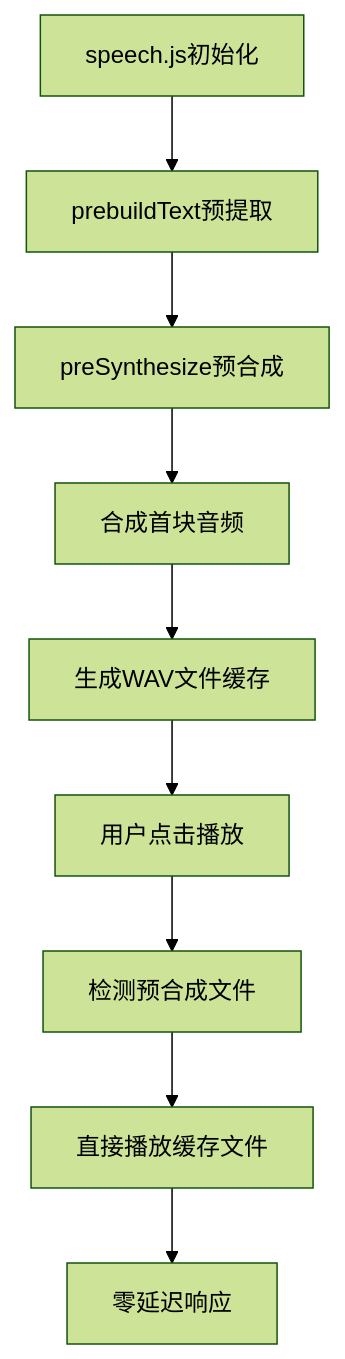
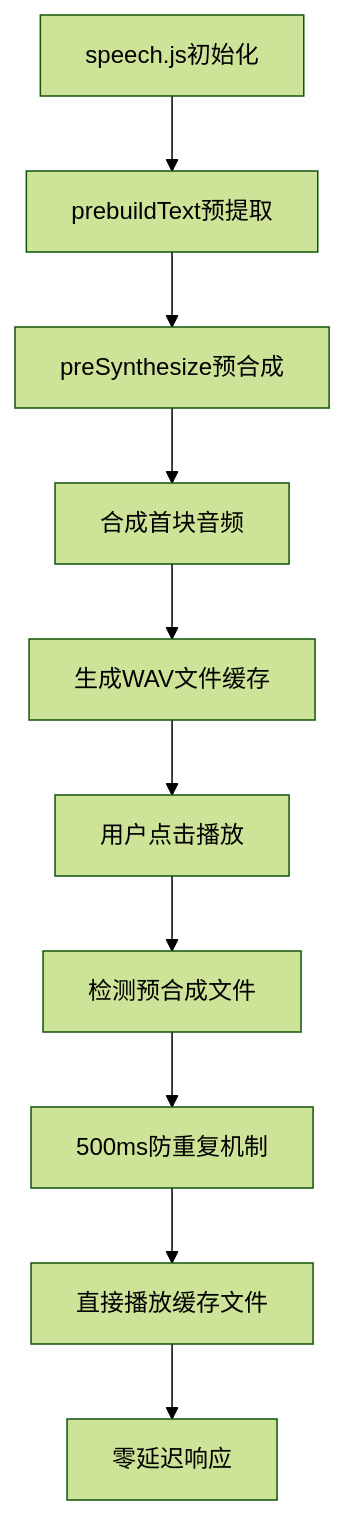
One commit to zhao-zg/cx changed the eighth of 10 diagrams in .qoder/repowiki/zh/content/移动应用开发/TTS静态实例管理系统.md. Above: the diagram before and after it, drawn with Mermaid (forest theme). The commit also changed other lines of this file and 30 other files, not shown here.

````diff
--- a/.qoder/repowiki/zh/content/移动应用开发/TTS静态实例管理系统.md
+++ b/.qoder/repowiki/zh/content/移动应用开发/TTS静态实例管理系统.md
@@ -372,11 +378,12 @@
 ```mermaid
 flowchart TD
 A[speech.js初始化] --> B[prebuildText预提取]
 B --> C[preSynthesize预合成]
 C --> D[合成首块音频]
 D --> E[生成WAV文件缓存]
 E --> F[用户点击播放]
 F --> G[检测预合成文件]
-G --> H[直接播放缓存文件]
-H --> I[零延迟响应]
+G --> H[500ms防重复机制]
+H --> I[直接播放缓存文件]
+I --> J[零延迟响应]
 ```
````
